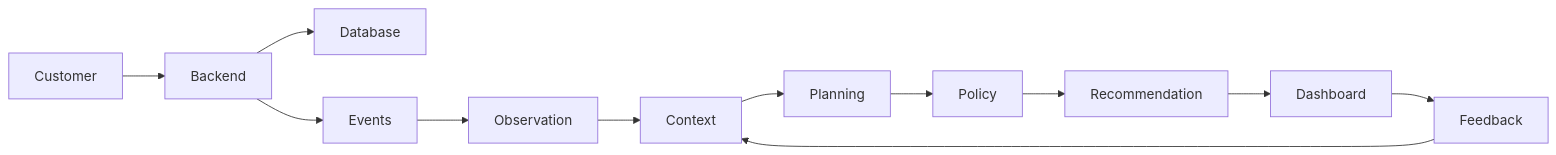
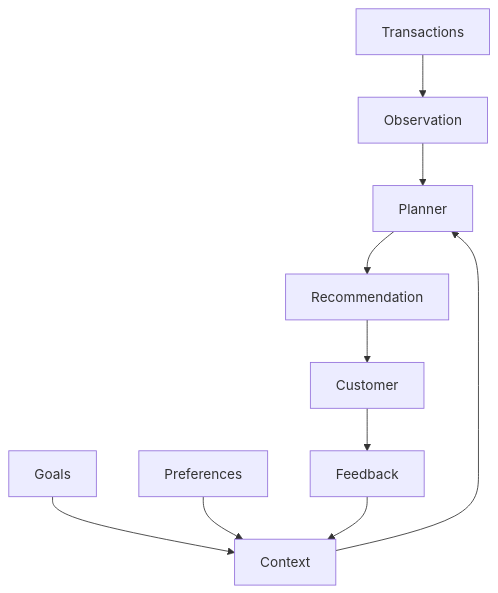
The fourth of 5 diagrams in README.md (GhanshyamJha05/SBI-Compass), drawn with Mermaid before and after one commit. The commit also changed other lines of this file, not shown here.

Commit message:
docs: update root README with detailed system specification and sequence diagrams

````diff
--- a/README.md
+++ b/README.md
@@ -23,25 +137,21 @@
 ```mermaid
-flowchart LR
+flowchart TD
 
-    Customer --> Backend
+    Transactions --> Observation
 
-    Backend --> Database
+    Goals --> Context
 
-    Backend --> Events
-
-    Events --> Observation
-
-    Observation --> Context
-
-    Context --> Planning
-
-    Planning --> Policy
-
-    Policy --> Recommendation
-
-    Recommendation --> Dashboard
-
-    Dashboard --> Feedback
+    Preferences --> Context
 
     Feedback --> Context
+
+    Observation --> Planner
+
+    Context --> Planner
+
+    Planner --> Recommendation
+
+    Recommendation --> Customer
+
+    Customer --> Feedback
 ```
````
